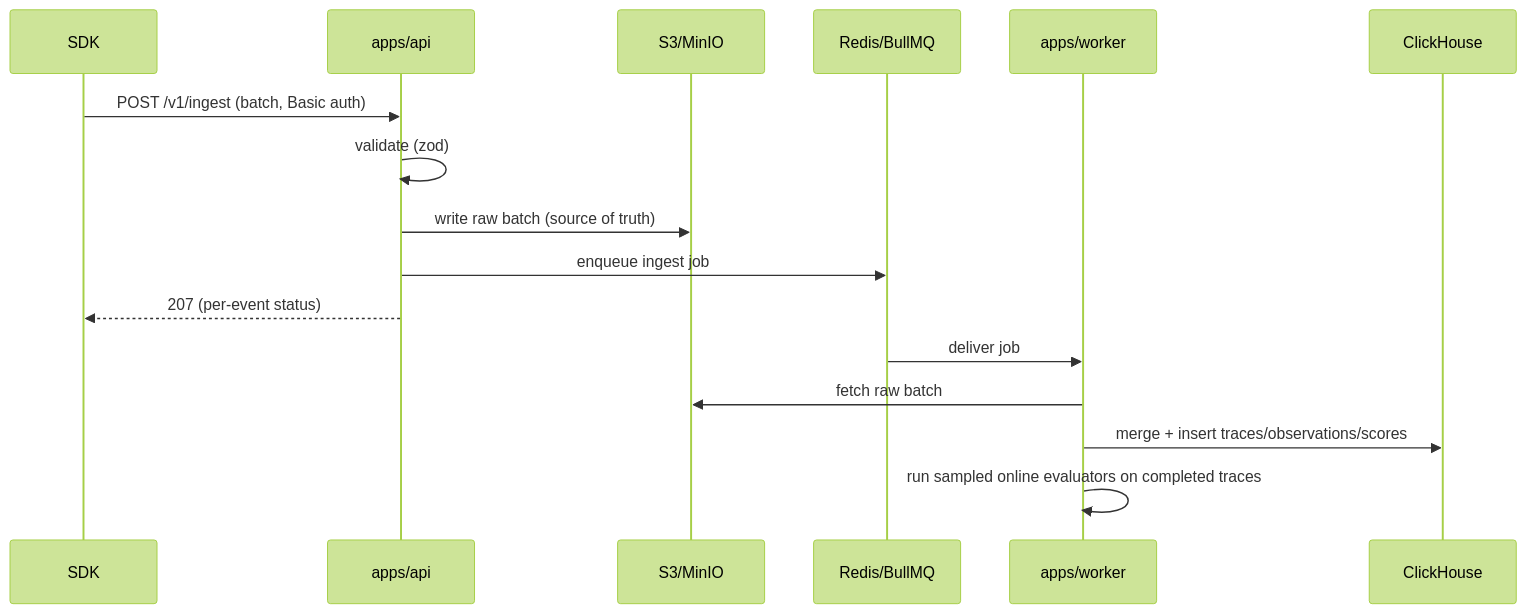
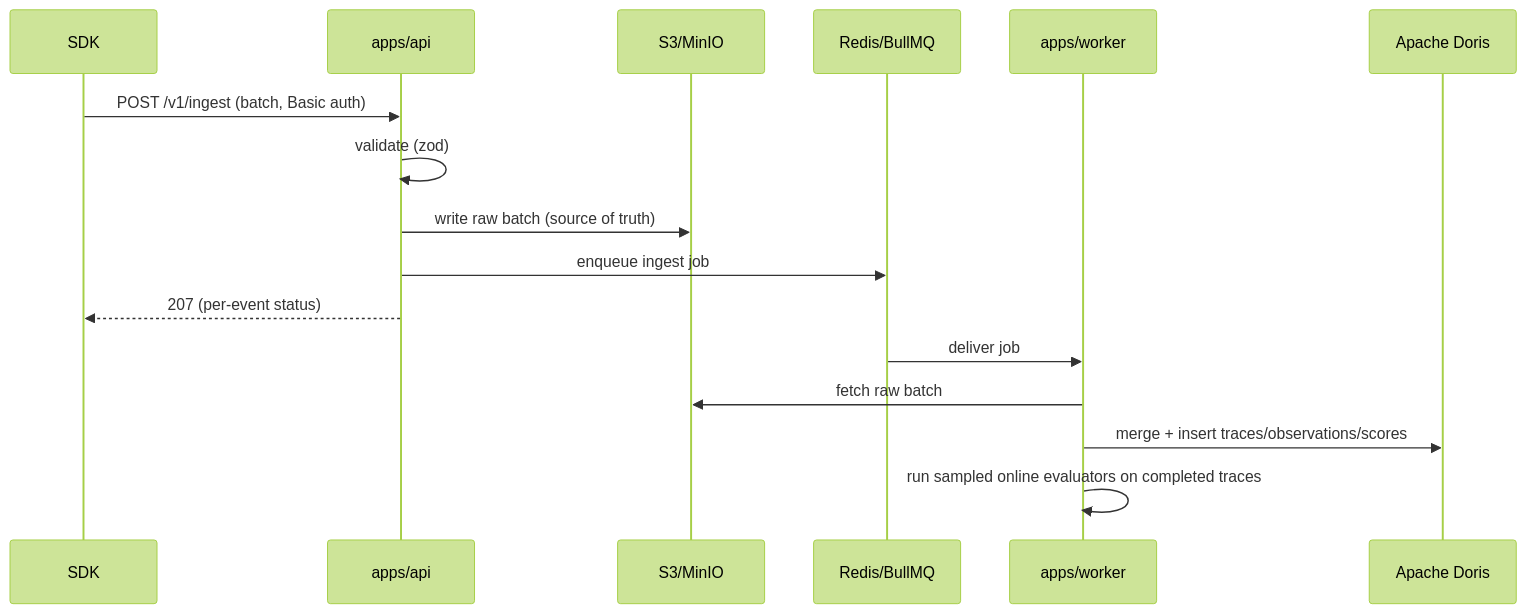
Before and after one commit to memoturn/memoturn: the second of 2 diagrams in docs/architecture.md, drawn with Mermaid (forest theme). The commit also changed other lines of this file and 41 other files, not shown here.

First line of the commit message:
docs: Apache Doris everywhere — docs, guardrails, skills, agents

````diff
--- a/docs/architecture.md
+++ b/docs/architecture.md
@@ -50,19 +50,19 @@
 ```mermaid
 sequenceDiagram
   participant SDK
   participant API as apps/api
   participant Blob as S3/MinIO
   participant Q as Redis/BullMQ
   participant W as apps/worker
-  participant CH as ClickHouse
+  participant CH as Apache Doris
 
   SDK->>API: POST /v1/ingest (batch, Basic auth)
   API->>API: validate (zod)
   API->>Blob: write raw batch (source of truth)
   API->>Q: enqueue ingest job
   API-->>SDK: 207 (per-event status)
   Q->>W: deliver job
   W->>Blob: fetch raw batch
   W->>CH: merge + insert traces/observations/scores
   W->>W: run sampled online evaluators on completed traces
 ```
````
